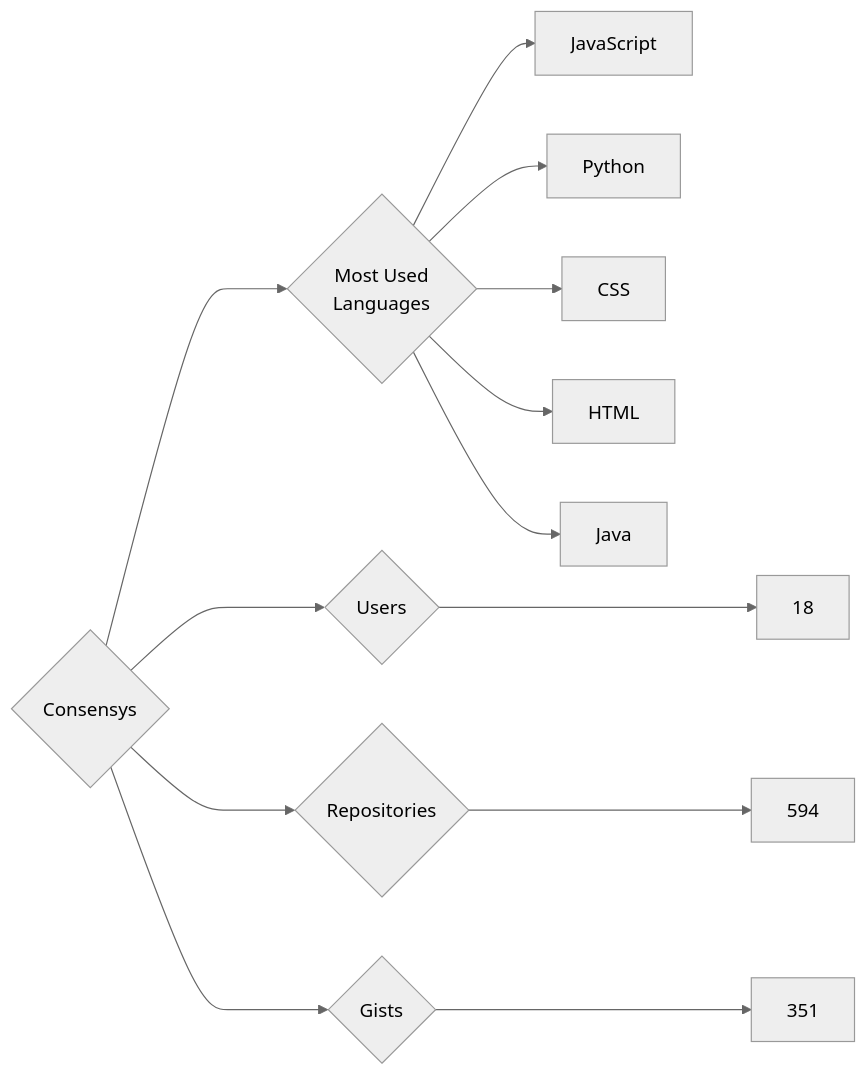
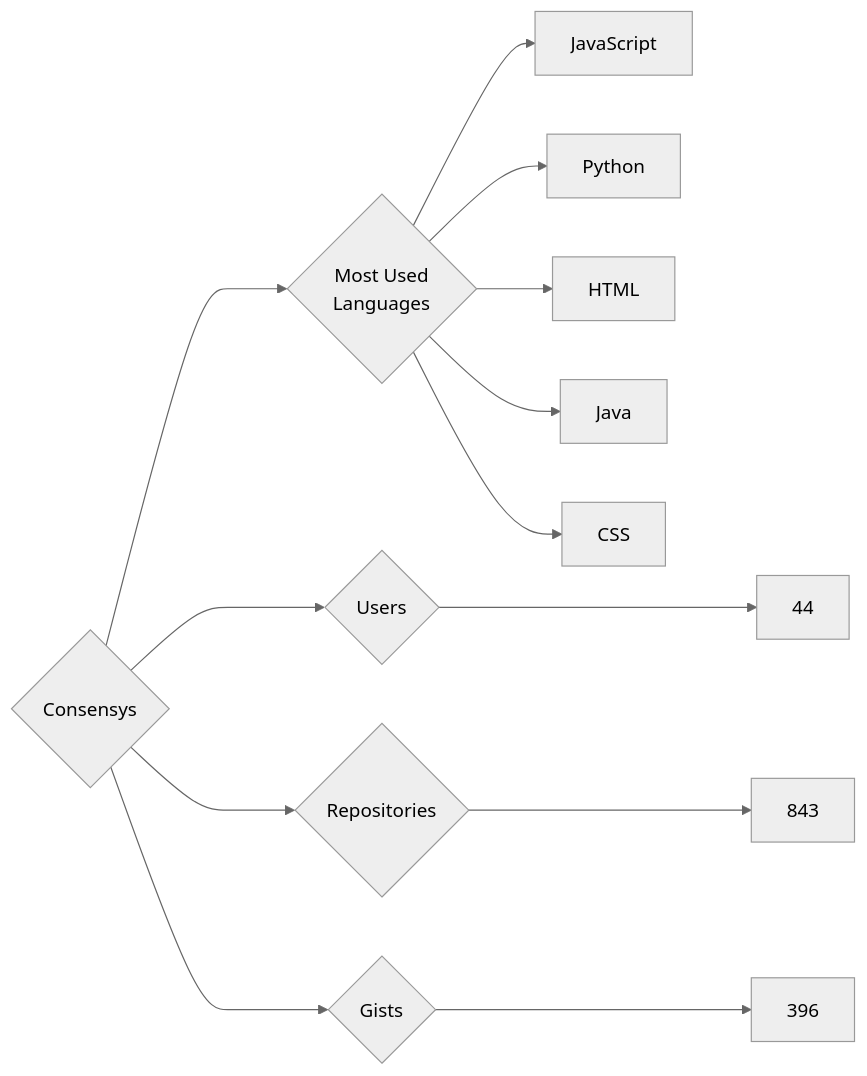
One commit to trickest/insiders changed the diagram in targets/Consensys/README.md. Above: the diagram before and after it, drawn with Mermaid (neutral theme). The commit also changed 736 other files, not shown here.

````diff
--- a/targets/Consensys/README.md
+++ b/targets/Consensys/README.md
@@ -3,13 +3,13 @@
 ```mermaid
 graph LR
 COMPANY_NAME{Consensys}
-COMPANY_NAME ---> U{Users} ---> UN[18]
-COMPANY_NAME ---> R{Repositories} ---> RN[594]
-COMPANY_NAME ---> G{Gists} ---> GN[351]
+COMPANY_NAME ---> U{Users} ---> UN[44]
+COMPANY_NAME ---> R{Repositories} ---> RN[843]
+COMPANY_NAME ---> G{Gists} ---> GN[396]
 COMPANY_NAME ---> ML{Most Used<br>Languages}
 ML --> JavaScript[JavaScript]
 ML --> Python[Python]
-ML --> CSS[CSS]
 ML --> HTML[HTML]
 ML --> Java[Java]
+ML --> CSS[CSS]
 ```
````
